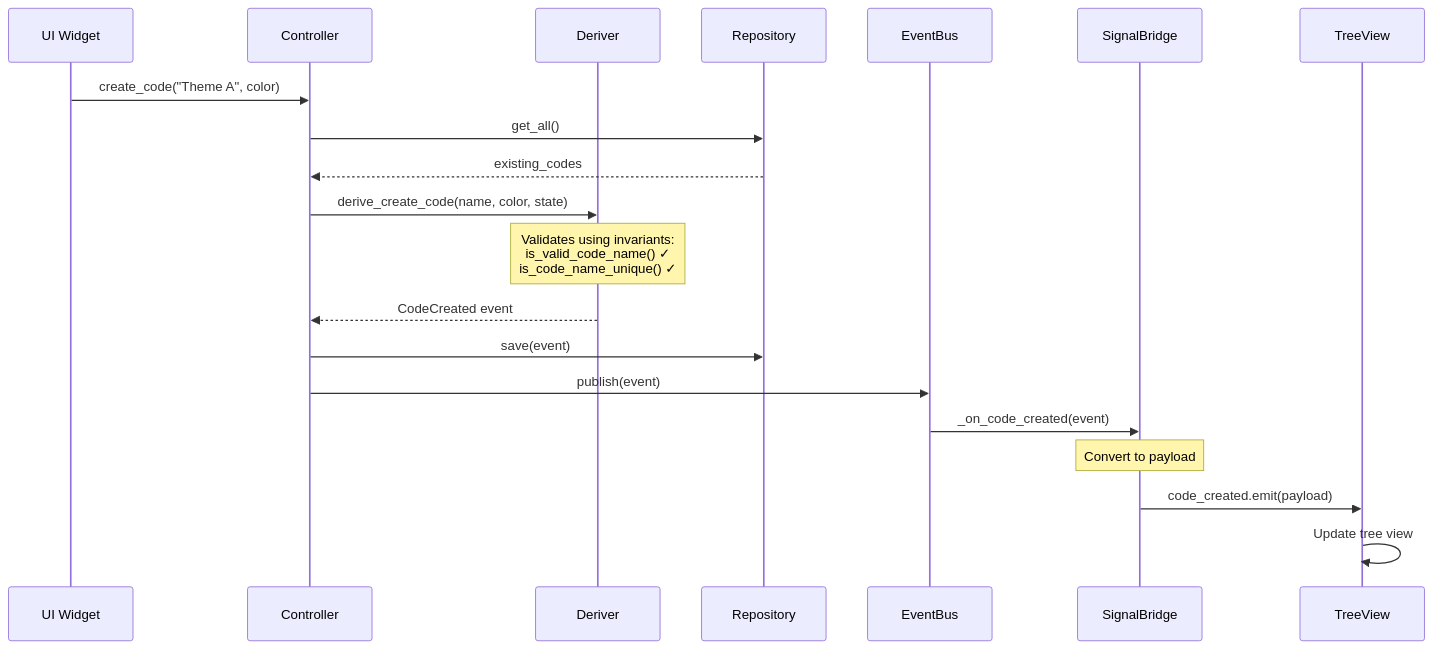
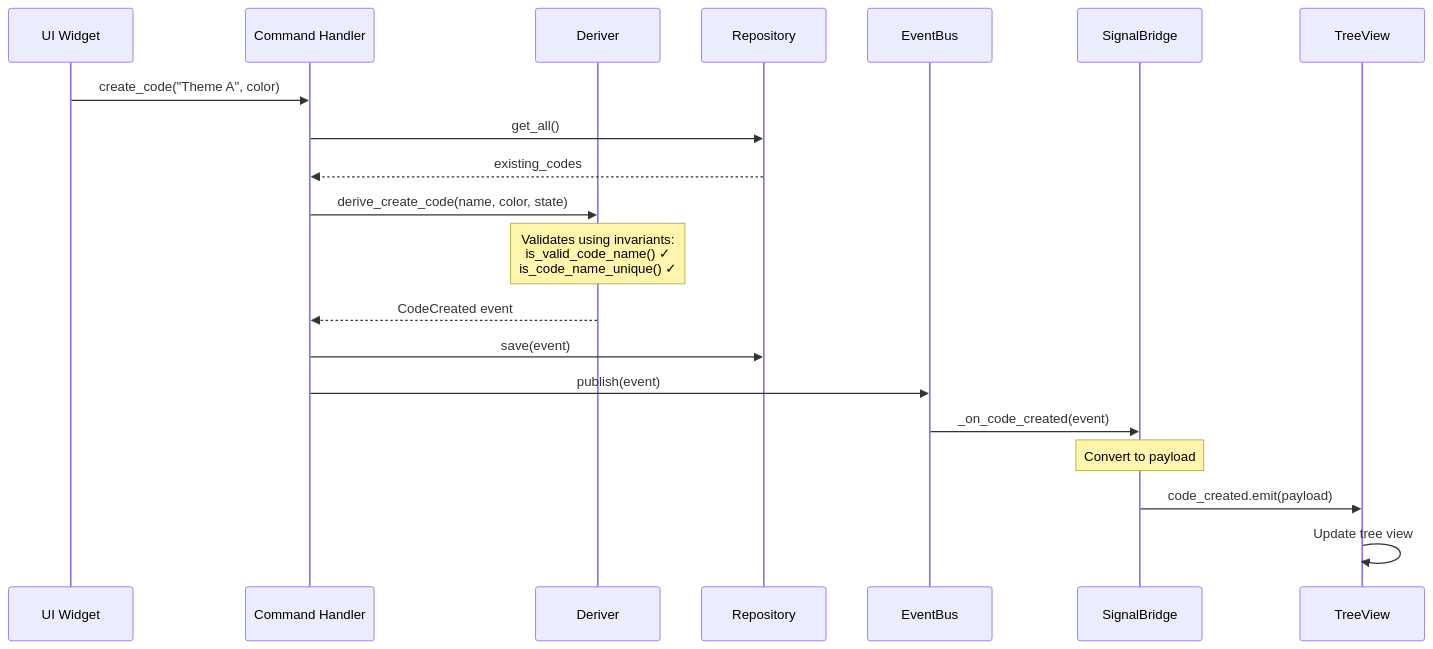
One commit to scope-impact/QualCoder-v2 changed the third of 3 diagrams in docs/tutorials/00-big-picture.md. Above: the diagram before and after it, drawn with Mermaid. The commit also changed other lines of this file and 8 other files, not shown here.

First line of the commit message:
docs(tutorials): align onboarding with actual project architecture

````diff
--- a/docs/tutorials/00-big-picture.md
+++ b/docs/tutorials/00-big-picture.md
@@ -211,27 +211,27 @@
 ```mermaid
 sequenceDiagram
     participant UI as UI Widget
-    participant C as Controller
+    participant CH as Command Handler
     participant D as Deriver
     participant R as Repository
     participant EB as EventBus
     participant SB as SignalBridge
     participant TV as TreeView
 
-    UI->>C: create_code("Theme A", color)
-    C->>R: get_all()
-    R-->>C: existing_codes
-    C->>D: derive_create_code(name, color, state)
+    UI->>CH: create_code("Theme A", color)
+    CH->>R: get_all()
+    R-->>CH: existing_codes
+    CH->>D: derive_create_code(name, color, state)
 
     Note over D: Validates using invariants:<br/>is_valid_code_name() ✓<br/>is_code_name_unique() ✓
 
-    D-->>C: CodeCreated event
-    C->>R: save(event)
-    C->>EB: publish(event)
+    D-->>CH: CodeCreated event
+    CH->>R: save(event)
+    CH->>EB: publish(event)
     EB->>SB: _on_code_created(event)
 
     Note over SB: Convert to payload
 
     SB->>TV: code_created.emit(payload)
     TV->>TV: Update tree view
 ```
````
